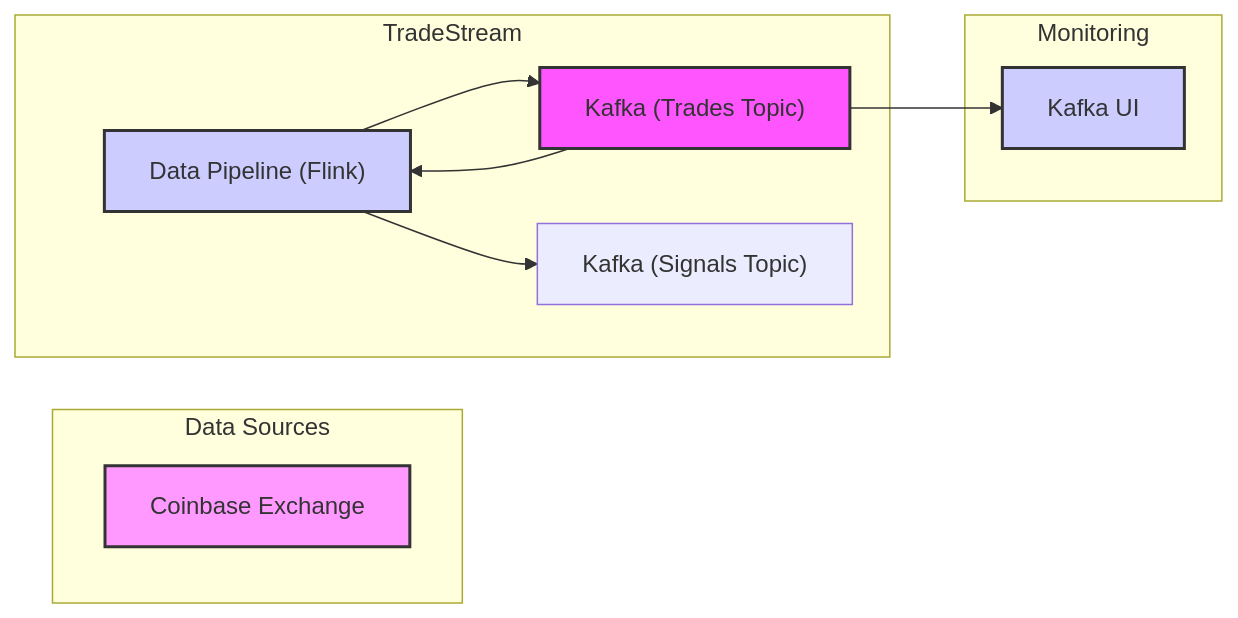
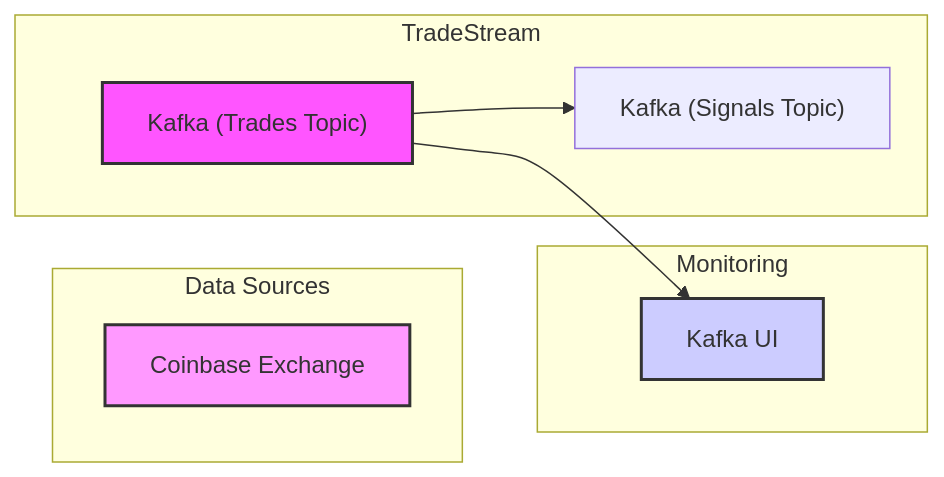
Before and after one commit to tradestreamhq/tradestream: the diagram in README.md, drawn with Mermaid. The commit also changed other lines of this file and 13 other files, not shown here.

````diff
--- a/README.md
+++ b/README.md
@@ -17,21 +16,19 @@
 ```mermaid
 graph LR
     subgraph Data Sources
         Exchange[Coinbase Exchange]
         style Exchange fill:#f9f,stroke:#333,stroke-width:2px
     end
 
     subgraph TradeStream
-        DataPipeline["Data Pipeline (Flink)"] --> Kafka["Kafka (Trades Topic)"]
-        Kafka --> DataPipeline
-        DataPipeline --> Kafka3["Kafka (Signals Topic)"]
+        Kafka["Kafka (Trades Topic)"]
+        Kafka --> Kafka3["Kafka (Signals Topic)"]
     end
 
     subgraph Monitoring
       Kafka --> KafkaUI[Kafka UI]
     end
 
-    style DataPipeline fill:#ccf,stroke:#333,stroke-width:2px
     style Kafka fill:#f5f,stroke:#333,stroke-width:2px
     style KafkaUI fill:#ccf,stroke:#333,stroke-width:2px
 ```
````
